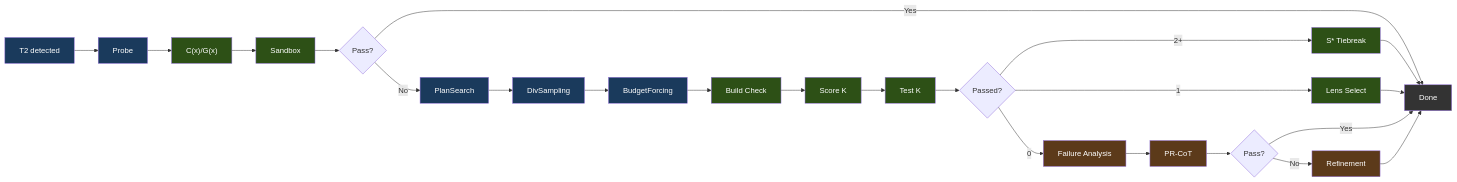
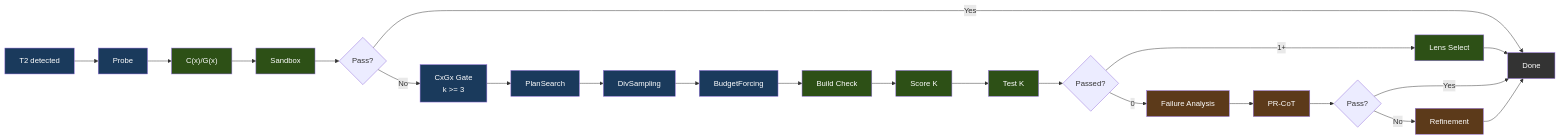
One commit to inferstep/ATLAS changed the fourth of 11 diagrams in docs/lang/ja/ARCHITECTURE.md. Above: the diagram before and after it, drawn with Mermaid. The commit also changed other lines of this file and 3 other files, not shown here.

````diff
--- a/docs/lang/ja/ARCHITECTURE.md
+++ b/docs/lang/ja/ARCHITECTURE.md
@@ -555,34 +561,33 @@
 ```mermaid
 flowchart LR
     Entry["T2 detected"] --> Probe["Probe"] --> Score1["C(x)/G(x)"] --> SB1["Sandbox"]
     SB1 --> Pass1{"Pass?"}
     Pass1 -->|"Yes"| Done["Done"]
 
-    Pass1 -->|"No"| PS["PlanSearch"] --> DS["DivSampling"] --> BF["BudgetForcing"] --> Build["Build Check"] --> Score2["Score K"] --> SB2["Test K"]
+    Pass1 -->|"No"| Alloc["CxGx Gate\nk >= 3"] --> PS["PlanSearch"] --> DS["DivSampling"] --> BF["BudgetForcing"] --> Build["Build Check"] --> Score2["Score K"] --> SB2["Test K"]
 
     SB2 --> AnyPass{"Passed?"}
-    AnyPass -->|"2+"| SStar["S* Tiebreak"] --> Done
-    AnyPass -->|"1"| Select["Lens Select"] --> Done
+    AnyPass -->|"1+"| Select["Lens Select"] --> Done
 
     AnyPass -->|"0"| FA["Failure Analysis"] --> PRCOT["PR-CoT"]
     PRCOT --> PRPass{"Pass?"}
     PRPass -->|"Yes"| Done
     PRPass -->|"No"| Refine["Refinement"] --> Done
 
     style Entry fill:#1a3a5c,color:#fff
     style Done fill:#333,color:#fff
     style Probe fill:#1a3a5c,color:#fff
+    style Alloc fill:#1a3a5c,color:#fff
     style PS fill:#1a3a5c,color:#fff
     style DS fill:#1a3a5c,color:#fff
     style BF fill:#1a3a5c,color:#fff
-    style SStar fill:#2d5016,color:#fff
     style Select fill:#2d5016,color:#fff
     style Score1 fill:#2d5016,color:#fff
     style Score2 fill:#2d5016,color:#fff
     style SB1 fill:#2d5016,color:#fff
     style SB2 fill:#2d5016,color:#fff
     style Build fill:#2d5016,color:#fff
     style PRCOT fill:#5c3a1a,color:#fff
     style Refine fill:#5c3a1a,color:#fff
     style FA fill:#5c3a1a,color:#fff
 ```
````
